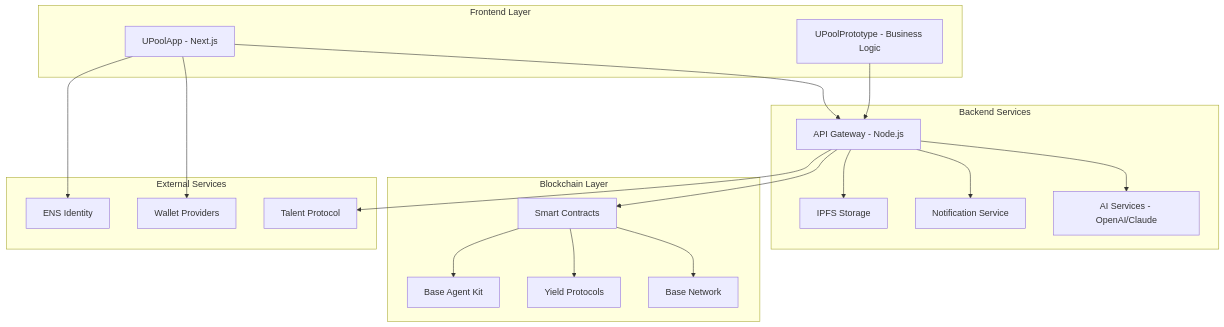
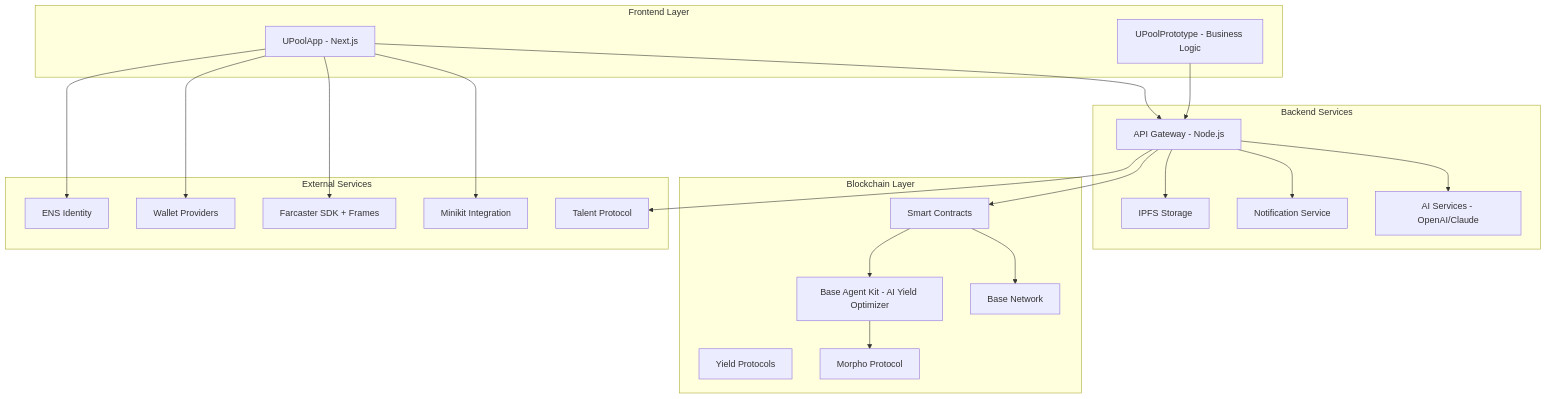
Before and after one commit to UPool-Fun/UPool: the first of 11 diagrams in README.md, drawn with Mermaid. The commit also changed other lines of this file and 4 other files, not shown here.

````diff
--- a/README.md
+++ b/README.md
@@ -23,40 +27,45 @@
 ```mermaid
 graph TB
     subgraph "Frontend Layer"
         UA[UPoolApp - Next.js]
         UP[UPoolPrototype - Business Logic]
     end
     
     subgraph "Backend Services"
         API[API Gateway - Node.js]
         AI[AI Services - OpenAI/Claude]
         NOTIF[Notification Service]
         IPFS[IPFS Storage]
     end
     
     subgraph "Blockchain Layer"
         BASE[Base Network]
         SC[Smart Contracts]
         AAVE[Yield Protocols]
-        AGENT[Base Agent Kit]
+        AGENT[Base Agent Kit - AI Yield Optimizer]
+        MORPHO[Morpho Protocol]
     end
     
     subgraph "External Services"
+        MINIKIT[Minikit Integration]
+        FARCASTER[Farcaster SDK + Frames]
         TALENT[Talent Protocol]
         ENS[ENS Identity]
         WALLET[Wallet Providers]
     end
     
     UA --> API
     UP --> API
     API --> AI
     API --> NOTIF
     API --> IPFS
     API --> SC
     SC --> BASE
-    SC --> AAVE
     SC --> AGENT
+    AGENT --> MORPHO
     API --> TALENT
+    UA --> MINIKIT
+    UA --> FARCASTER
     UA --> WALLET
     UA --> ENS
 ```
````
